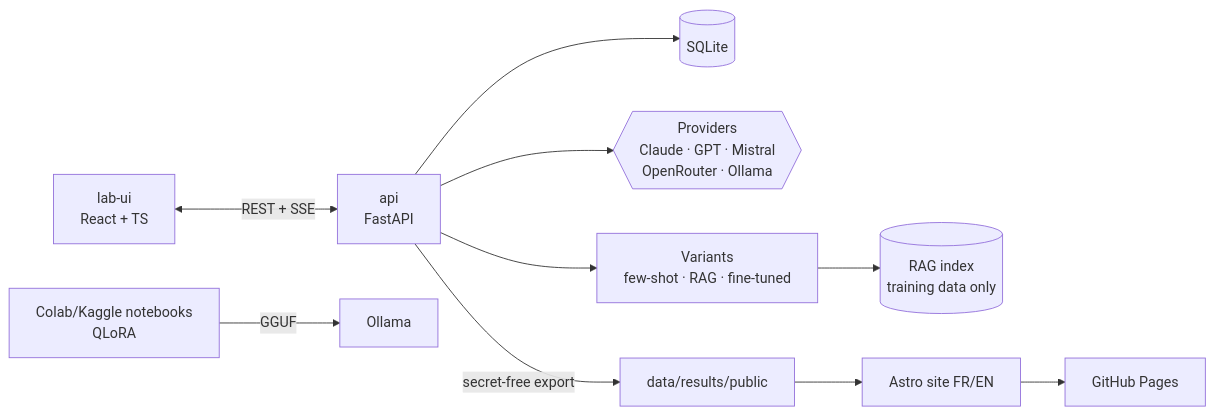
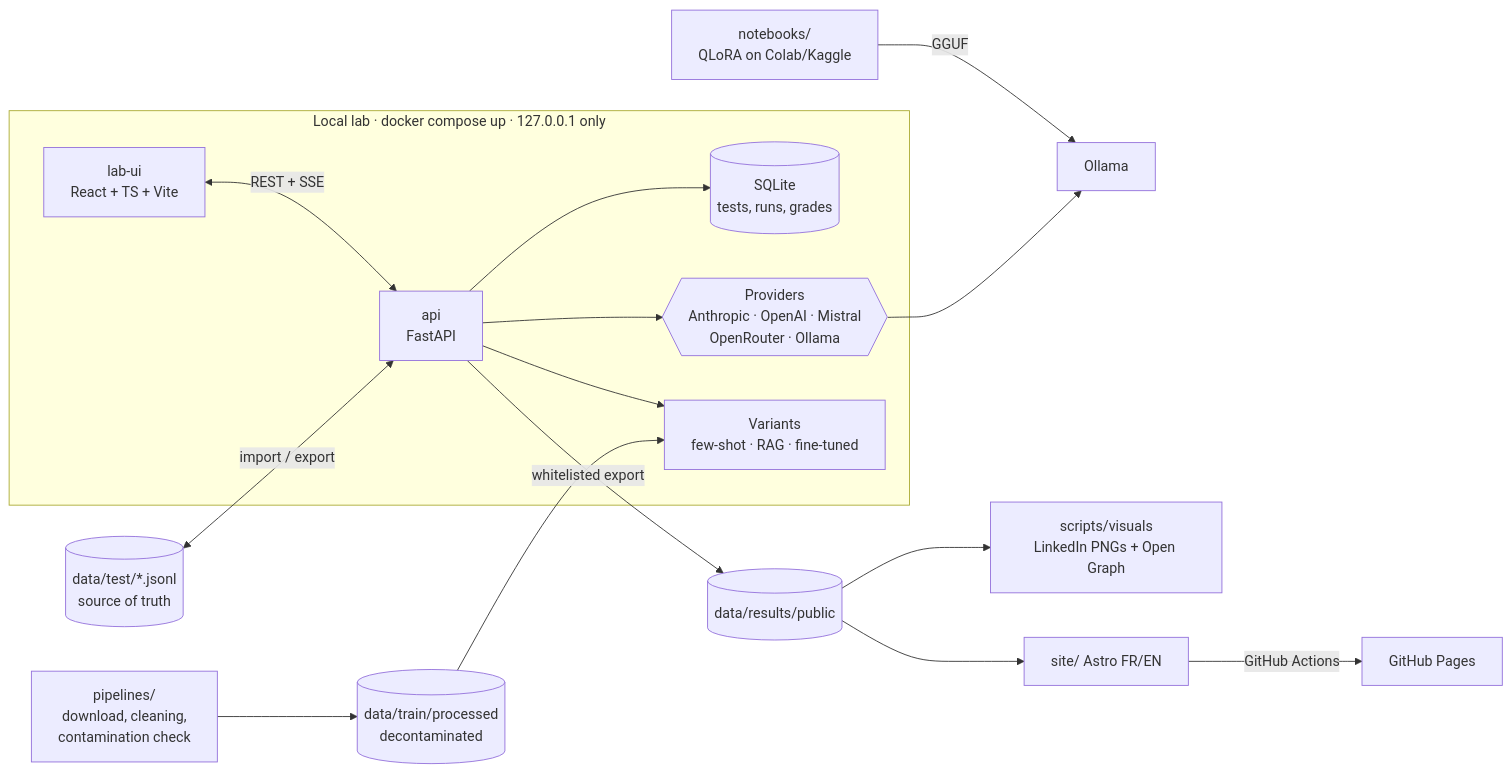
Before and after one commit to hasdaouiryma16-cmd/kabyle-llm-benchmark: the diagram in README.en.md, drawn with Mermaid. The commit also changed other lines of this file and 34 other files, not shown here.

First line of the commit message:
feat: site public, visuels LinkedIn et documentation complète

````diff
--- a/README.en.md
+++ b/README.en.md
@@ -39,11 +45,17 @@
 ```mermaid
 flowchart LR
-  UI[lab-ui<br/>React + TS] <-->|REST + SSE| API[api<br/>FastAPI]
-  API --> DB[(SQLite)]
-  API --> P{{Providers<br/>Claude · GPT · Mistral<br/>OpenRouter · Ollama}}
-  API --> V[Variants<br/>few-shot · RAG · fine-tuned]
-  V --> IDX[(RAG index<br/>training data only)]
-  API -->|secret-free export| R[data/results/public]
-  R --> S[Astro site FR/EN] --> GP[GitHub Pages]
-  NB[Colab/Kaggle notebooks<br/>QLoRA] -->|GGUF| OL[Ollama]
+  subgraph LAB["Local lab · docker compose up · 127.0.0.1 only"]
+    UI["lab-ui<br/>React + TS + Vite"] <-->|"REST + SSE"| API["api<br/>FastAPI"]
+    API --> DB[("SQLite<br/>tests, runs, grades")]
+    API --> P{{"Providers<br/>Anthropic · OpenAI · Mistral<br/>OpenRouter · Ollama"}}
+    API --> V["Variants<br/>few-shot · RAG · fine-tuned"]
+  end
+  T[("data/test/*.jsonl<br/>source of truth")] <-->|"import / export"| API
+  TR[("data/train/processed<br/>decontaminated")] --> V
+  PIPE["pipelines/<br/>download, cleaning,<br/>contamination check"] --> TR
+  NB["notebooks/<br/>QLoRA on Colab/Kaggle"] -->|"GGUF"| OL["Ollama"]
+  P --> OL
+  API -->|"whitelisted export"| R[("data/results/public")]
+  R --> VIS["scripts/visuals<br/>LinkedIn PNGs + Open Graph"]
+  R --> S["site/ Astro FR/EN"] -->|"GitHub Actions"| GP["GitHub Pages"]
 ```
````
